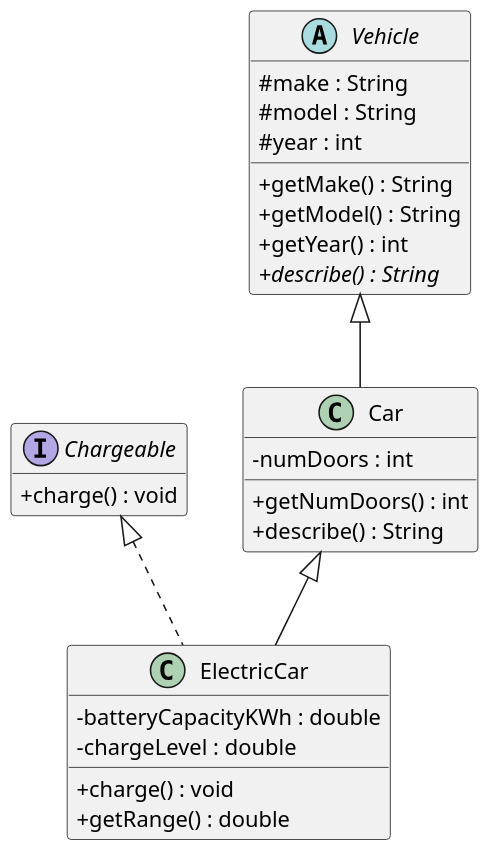
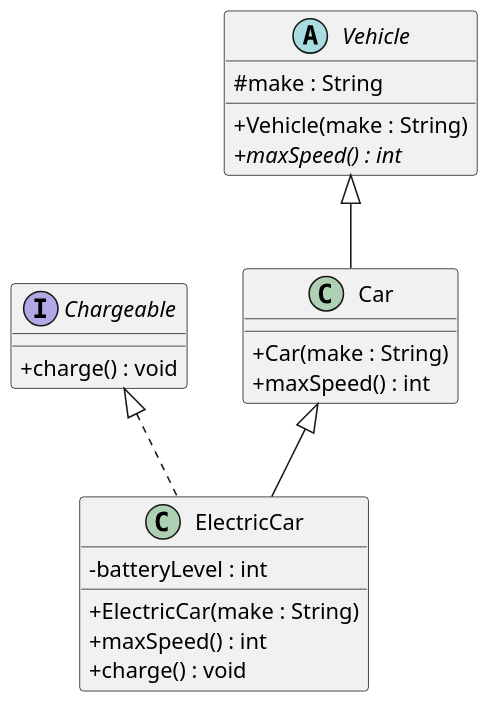
One commit to Muhammad-Mahd-Khalid/207-course-notes changed the diagram in plantuml/exercises/vehicles-uml-starter.puml. Above: the diagram before and after it, drawn with PlantUML. The commit also changed 1 other file, not shown here.

Commit message:
woops, forgot a file // fixes for vehicle uml

```diff
--- a/plantuml/exercises/vehicles-uml-starter.puml
+++ b/plantuml/exercises/vehicles-uml-starter.puml
@@ -1,49 +1,31 @@
 @startuml
 skinparam dpi 150
 skinparam classAttributeIconSize 0
-hide empty members
-
-' ---------------------------------------------------------------------------
-' Chapter 3, Question 2 — Vehicle / Car / ElectricCar / Chargeable
-'
-'  * Vehicle is the abstract root: a few fields plus abstract methods that
-'    subclasses must supply.
-'  * Car is a concrete Vehicle subclass adding car-specific state.
-'  * ElectricCar is a Car (a car that happens to be electric) AND it can be
-'    charged, so it *realizes* the Chargeable interface.
-'  * Chargeable is standalone — nothing inherits from it, it's just a contract.
-' ---------------------------------------------------------------------------
 
 interface Chargeable {
   + charge() : void
 }
 
 abstract class Vehicle {
   # make : String
-  # model : String
-  # year : int
-  + getMake() : String
-  + getModel() : String
-  + getYear() : int
-  + {abstract} describe() : String
+  + Vehicle(make : String)
+  + {abstract} maxSpeed() : int
 }
 
 class Car {
-  - numDoors : int
-  + getNumDoors() : int
-  + describe() : String
+  + Car(make : String)
+  + maxSpeed() : int
 }
 
 class ElectricCar {
-  - batteryCapacityKWh : double
-  - chargeLevel : double
+  - batteryLevel : int
+  + ElectricCar(make : String)
+  + maxSpeed() : int
   + charge() : void
-  + getRange() : double
 }
 
-' --- generalization / realization -----------------------------------------
 Vehicle <|-- Car
-Car     <|-- ElectricCar
+Car <|-- ElectricCar
 Chargeable <|.. ElectricCar
 
 @enduml
```
